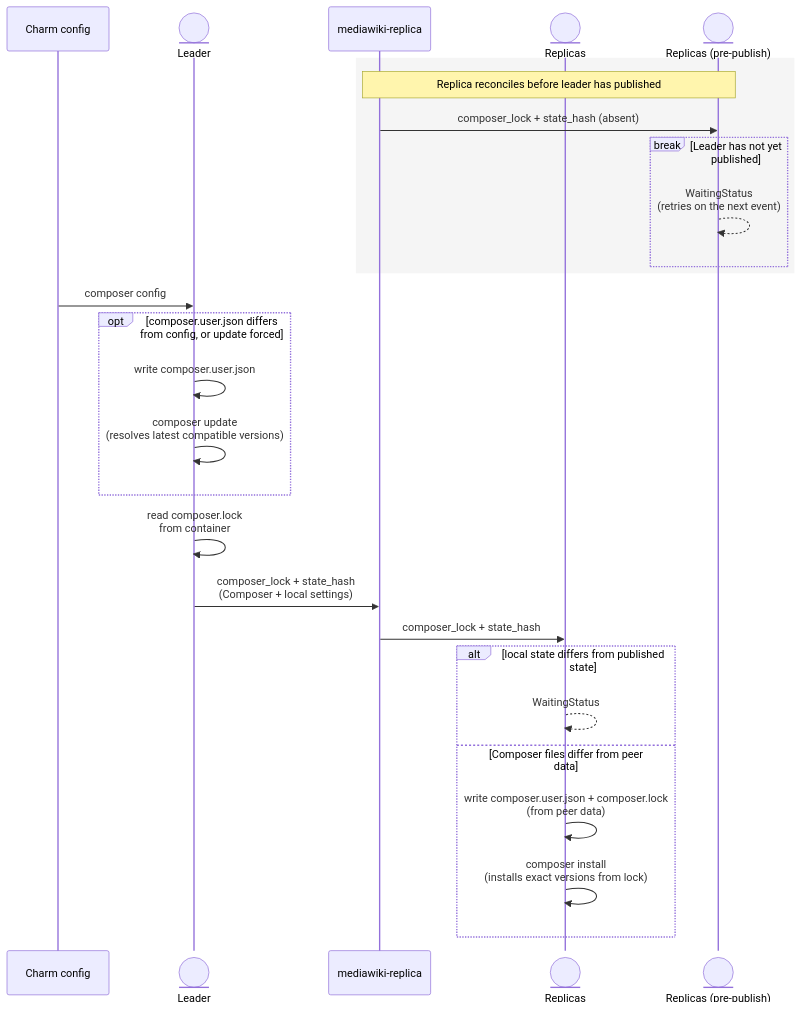
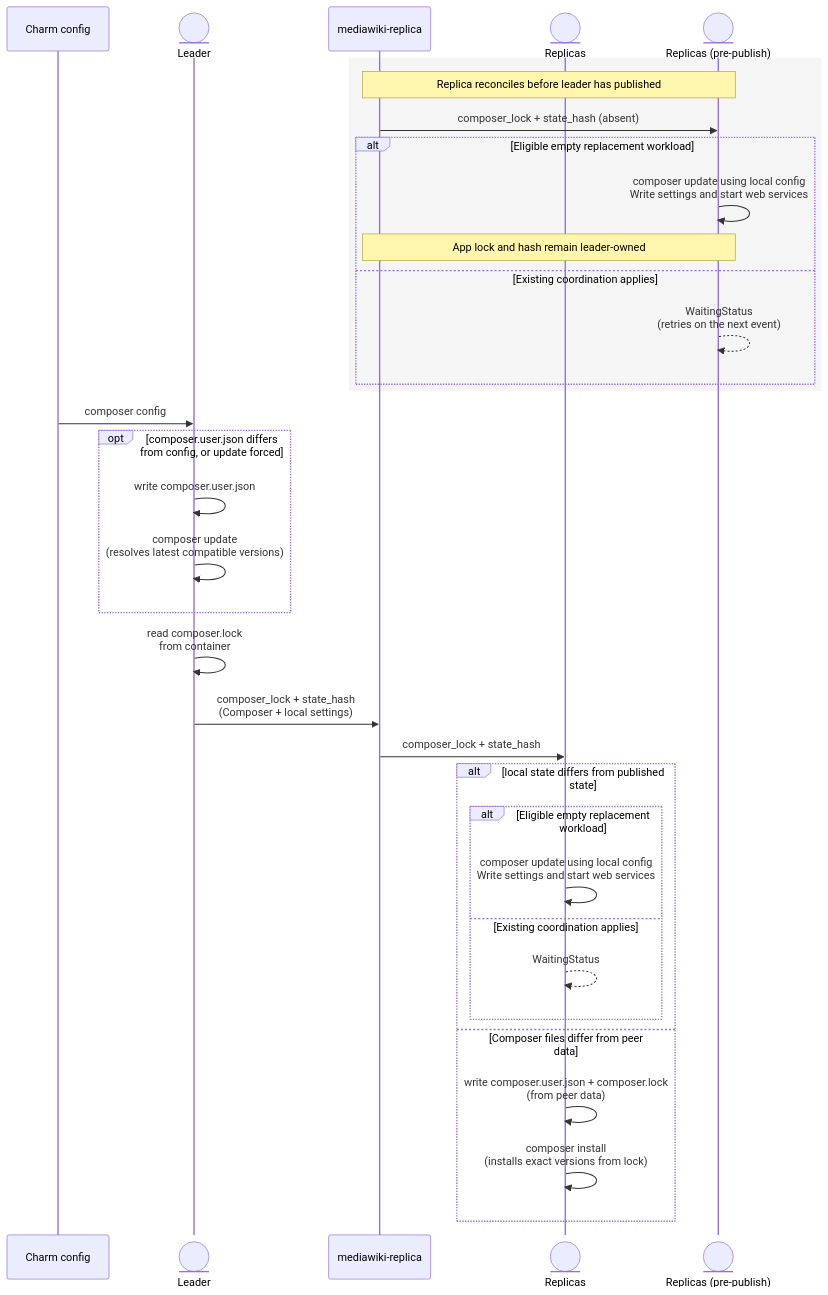
The third of 3 diagrams in docs/explanation/charm-design.rst (canonical/mediawiki-k8s-operator), drawn with Mermaid before and after one commit. The commit also changed other lines of this file and 5 other files, not shown here.

```diff
--- a/docs/explanation/charm-design.rst
+++ b/docs/explanation/charm-design.rst
@@ -145,33 +151,40 @@
 .. mermaid::
    :name: composer-sync-diagram
 
    sequenceDiagram
    participant Config as Charm config
    participant Leader@{ "type" : "entity" }
    participant PR as mediawiki-replica
    participant Replicas@{ "type" : "entity" }
    participant PrePublishReplica@{ "type" : "entity" } as Replicas (pre-publish)
 
    rect rgb(245, 245, 245)
    Note over PR,PrePublishReplica: Replica reconciles before leader has published
    PR->>PrePublishReplica: composer_lock + state_hash (absent)
-   break Leader has not yet published
+   alt Eligible empty replacement workload
+      PrePublishReplica->>PrePublishReplica: composer update using local config<br/>Write settings and start web services
+      Note over PR,PrePublishReplica: App lock and hash remain leader-owned
+   else Existing coordination applies
       PrePublishReplica-->>PrePublishReplica: WaitingStatus<br/>(retries on the next event)
    end
    end
 
    Config->>Leader: composer config
    opt composer.user.json differs from config, or update forced
       Leader->>Leader: write composer.user.json
       Leader->>Leader: composer update<br/>(resolves latest compatible versions)
    end
    Leader->>Leader: read composer.lock<br/>from container
    Leader->>PR: composer_lock + state_hash<br/>(Composer + local settings)
 
    PR->>Replicas: composer_lock + state_hash
    alt local state differs from published state
-      Replicas-->>Replicas: WaitingStatus
+      alt Eligible empty replacement workload
+         Replicas->>Replicas: composer update using local config<br/>Write settings and start web services
+      else Existing coordination applies
+         Replicas-->>Replicas: WaitingStatus
+      end
    else Composer files differ from peer data
       Replicas->>Replicas: write composer.user.json + composer.lock<br/>(from peer data)
       Replicas->>Replicas: composer install<br/>(installs exact versions from lock)
    end
```
